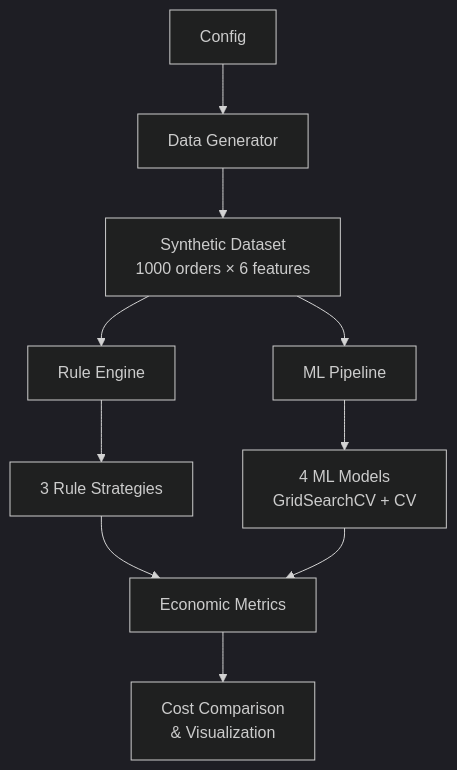
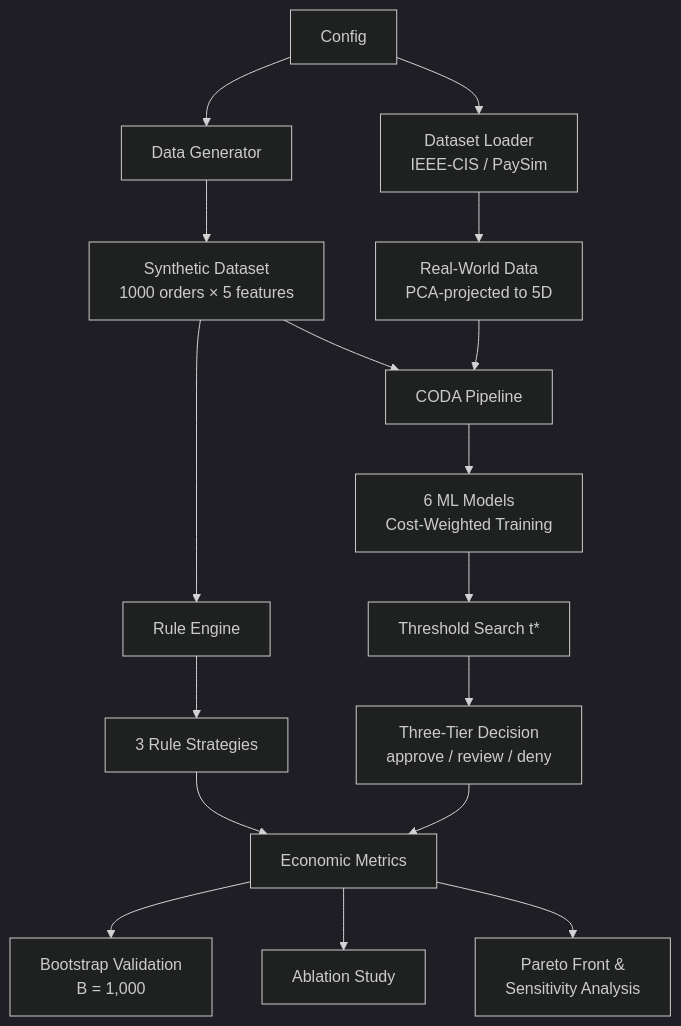
Before and after one commit to keshavanand2025/refund-decision-simulator: the diagram in README.md, drawn with Mermaid (dark theme). The commit also changed other lines of this file and 9 other files, not shown here.

First line of the commit message:
CODA+ v2: Full-scale IEEE-CIS (590K), CHL-LightGBM baseline, calibration analysis

````diff
--- a/README.md
+++ b/README.md
@@ -27,12 +27,19 @@
 ```mermaid
 graph TD
     A[Config] --> B[Data Generator]
-    B --> C[Synthetic Dataset<br/>1000 orders × 6 features]
+    A --> B2[Dataset Loader<br/>IEEE-CIS / PaySim]
+    B --> C[Synthetic Dataset<br/>1000 orders × 5 features]
+    B2 --> C2[Real-World Data<br/>PCA-projected to 5D]
     C --> D[Rule Engine]
-    C --> E[ML Pipeline]
+    C --> E[CODA Pipeline]
+    C2 --> E
     D --> F[3 Rule Strategies]
-    E --> G[4 ML Models<br/>GridSearchCV + CV]
+    E --> G[6 ML Models<br/>Cost-Weighted Training]
+    G --> G2[Threshold Search t*]
+    G2 --> G3[Three-Tier Decision<br/>approve / review / deny]
     F --> H[Economic Metrics]
-    G --> H
-    H --> I[Cost Comparison<br/>& Visualization]
+    G3 --> H
+    H --> I[Bootstrap Validation<br/>B = 1,000]
+    H --> J[Ablation Study]
+    H --> K[Pareto Front &<br/>Sensitivity Analysis]
 ```
````
